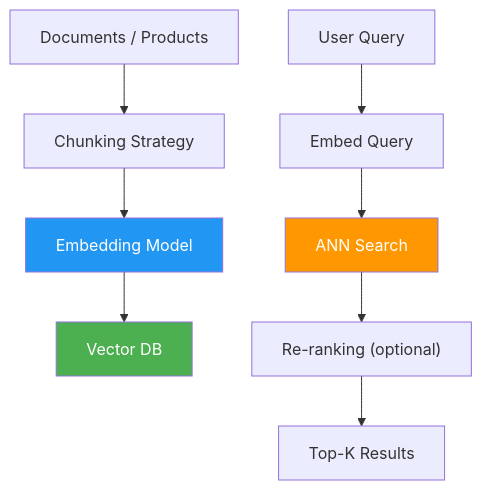
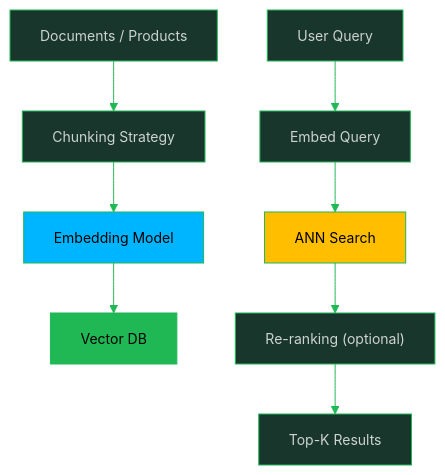
One commit to oat431/swe-knowledge changed the diagram in computing-foundation-note/Database/02 NoSQL Databases/02 Vector Databases.md. Above: the diagram before and after it, drawn with Mermaid. The commit also changed other lines of this file and 139 other files, not shown here.

````diff
--- a/computing-foundation-note/Database/02 NoSQL Databases/02 Vector Databases.md
+++ b/computing-foundation-note/Database/02 NoSQL Databases/02 Vector Databases.md
@@ -141,14 +141,15 @@
 ```mermaid
+%%{init: {'theme':'base','themeVariables':{'primaryColor':'#19362D','primaryTextColor':'#CDD3D1','primaryBorderColor':'#1FB854','lineColor':'#1FB854','secondaryColor':'#161212','tertiaryColor':'#1B1717','background':'#1B1717','mainBkg':'#19362D','nodeBorder':'#1FB854','clusterBkg':'#161212','clusterBorder':'#19362D','titleColor':'#1FB854','edgeLabelBackground':'#161212','fontSize':'14px'}}}%%
 flowchart TD
     DOCS["Documents / Products"] --> CHUNK["Chunking Strategy"]
     CHUNK --> EMBED["Embedding Model"]
     EMBED --> STORE["Vector DB"]
     QUERY["User Query"] --> EMBED_Q["Embed Query"]
     EMBED_Q --> SEARCH["ANN Search"]
     SEARCH --> RERANK["Re-ranking (optional)"]
     RERANK --> RESULTS["Top-K Results"]
     
-    style STORE fill:#4CAF50,color:#fff
-    style EMBED fill:#2196F3,color:#fff
-    style SEARCH fill:#FF9800,color:#fff
+    style STORE fill:#1FB854,color:#000000
+    style EMBED fill:#00B5FF,color:#000000
+    style SEARCH fill:#FFBE00,color:#000000
 ```
````
